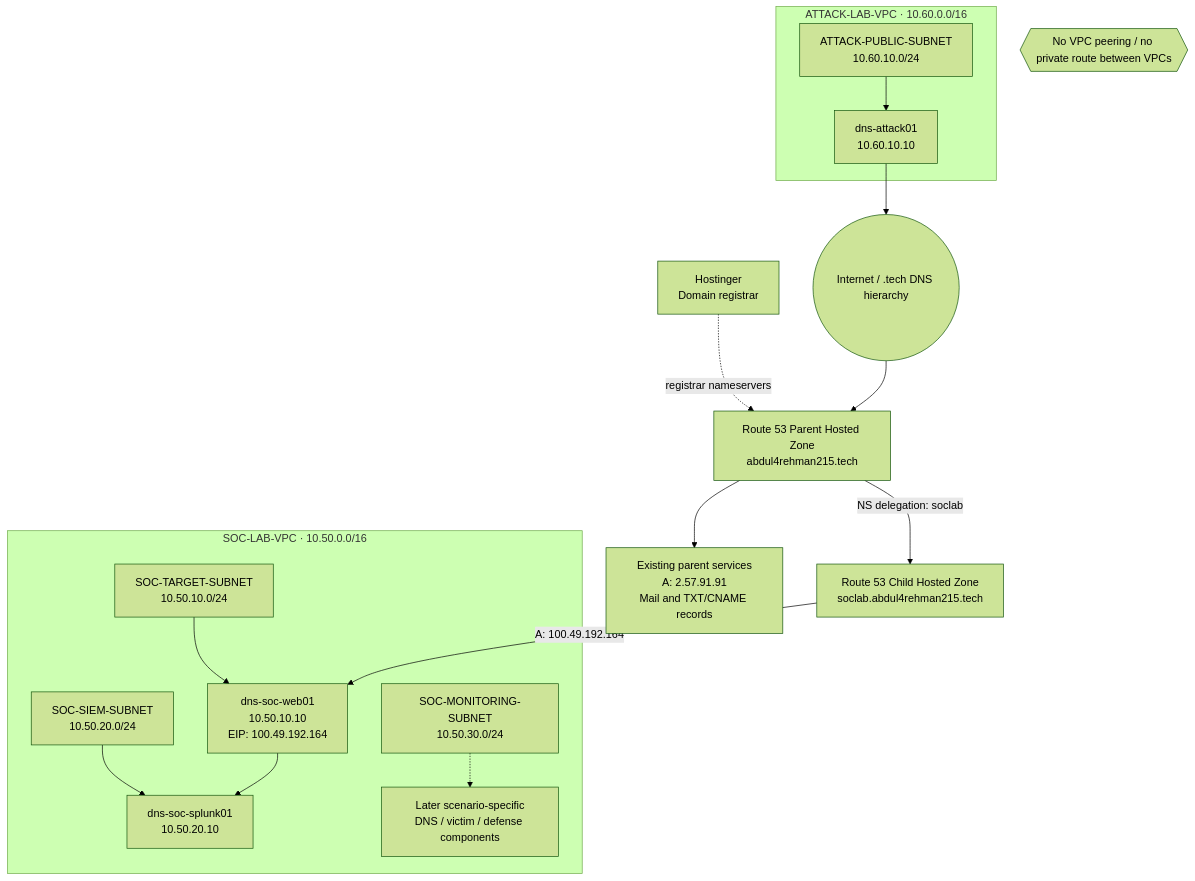
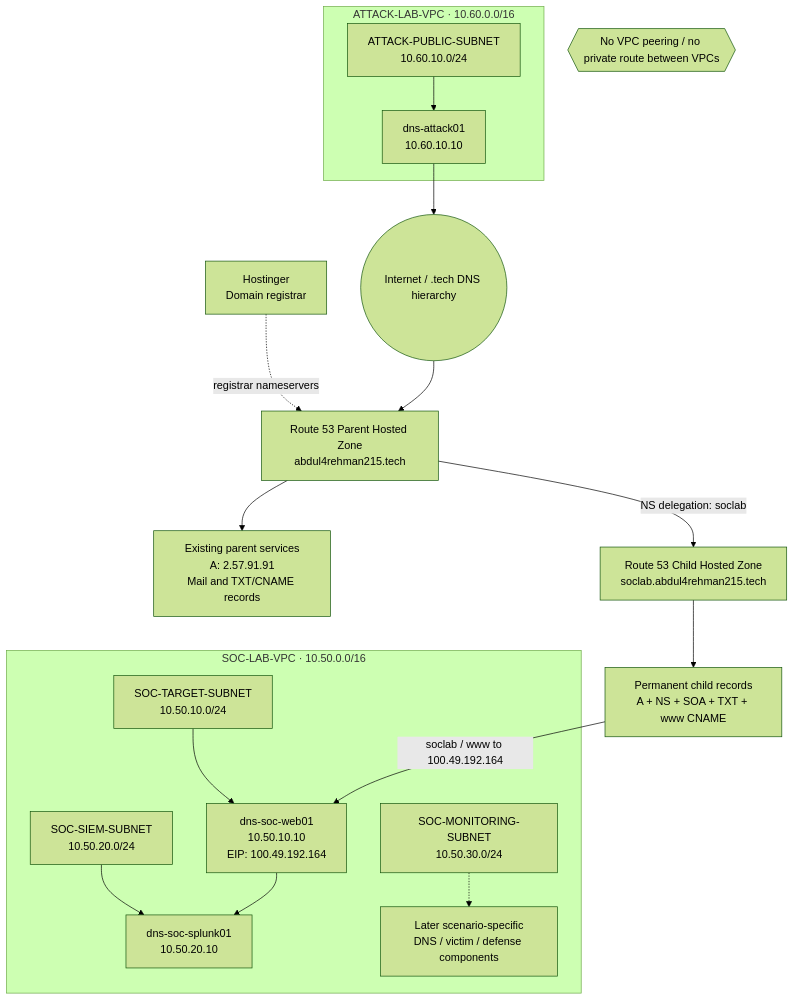
Before and after one commit to DNS-SOC-Lab/DNS-Lab-Infrastructure: the diagram in README.md, drawn with Mermaid (forest theme). The commit also changed other lines of this file, not shown here.

````diff
--- a/README.md
+++ b/README.md
@@ -11,36 +11,38 @@
 ```mermaid
 flowchart TB
     Registrar[Hostinger<br/>Domain registrar]
     Internet((Internet / .tech DNS hierarchy))
 
     Parent[Route 53 Parent Hosted Zone<br/>abdul4rehman215.tech]
     Existing[Existing parent services<br/>A: 2.57.91.91<br/>Mail and TXT/CNAME records]
     Child[Route 53 Child Hosted Zone<br/>soclab.abdul4rehman215.tech]
+    ChildStatic[Permanent child records<br/>A + NS + SOA + TXT + www CNAME]
 
     subgraph ATTACK[ATTACK-LAB-VPC · 10.60.0.0/16]
         AS[ATTACK-PUBLIC-SUBNET<br/>10.60.10.0/24]
         A[dns-attack01<br/>10.60.10.10]
         AS --> A
     end
 
     subgraph SOC[SOC-LAB-VPC · 10.50.0.0/16]
         TS[SOC-TARGET-SUBNET<br/>10.50.10.0/24]
         SS[SOC-SIEM-SUBNET<br/>10.50.20.0/24]
         MS[SOC-MONITORING-SUBNET<br/>10.50.30.0/24]
         W[dns-soc-web01<br/>10.50.10.10<br/>EIP: 100.49.192.164]
         S[dns-soc-splunk01<br/>10.50.20.10]
         TS --> W
         SS --> S
         MS -.-> M[Later scenario-specific<br/>DNS / victim / defense components]
     end
 
     Registrar -. registrar nameservers .-> Parent
     Internet --> Parent
     Parent --> Existing
     Parent -->|NS delegation: soclab| Child
-    Child -->|A: 100.49.192.164| W
+    Child --> ChildStatic
+    ChildStatic -->|soclab / www to 100.49.192.164| W
     A --> Internet
     W --> S
 
     X{{No VPC peering / no private route between VPCs}}
 ```
````
